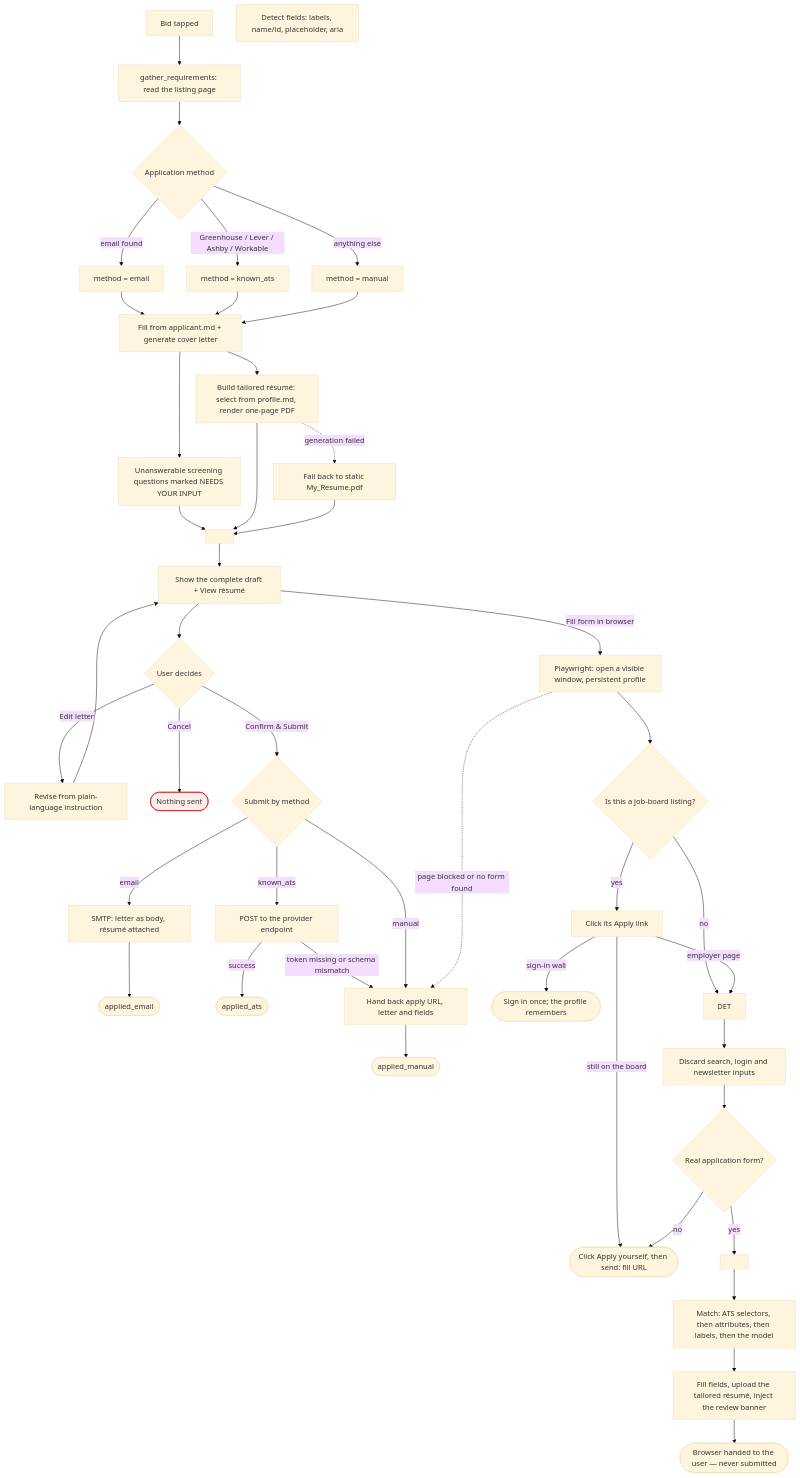
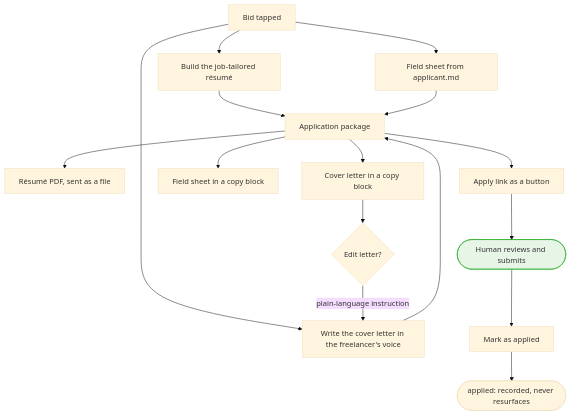
One commit to HamedEzzu/bidwatch changed the second of 5 diagrams in docs/architecture.md. Above: the diagram before and after it, drawn with Mermaid (base theme). The commit also changed other lines of this file and 17 other files, not shown here.

````diff
--- a/docs/architecture.md
+++ b/docs/architecture.md
@@ -46,49 +46,21 @@
 ```mermaid
 flowchart TD
-    T[Bid tapped] --> R[gather_requirements: read the listing page]
-    R --> C{Application method}
-    C -->|email found| E[method = email]
-    C -->|Greenhouse / Lever / Ashby / Workable| A[method = known_ats]
-    C -->|anything else| M[method = manual]
+    T[Bid tapped] --> R[Build the job-tailored résumé]
+    T --> L[Write the cover letter in the freelancer's voice]
+    T --> F[Field sheet from applicant.md]
 
-    E --> F[Fill from applicant.md + generate cover letter]
-    A --> F
-    M --> F
-    F --> RES[Build tailored résumé: select from profile.md, render one-page PDF]
-    RES -.->|generation failed| STATIC[Fall back to static My_Resume.pdf]
-    F --> QQ2[Unanswerable screening questions marked NEEDS YOUR INPUT]
-    QQ2 --> QQ[ ]
-    RES --> QQ
-    STATIC --> QQ
-    QQ --> D[Show the complete draft + View résumé]
+    R --> P[Application package]
+    L --> P
+    F --> P
+    P --> C1[Résumé PDF, sent as a file]
+    P --> C2[Cover letter in a copy block]
+    P --> C3[Field sheet in a copy block]
+    P --> C4[Apply link as a button]
 
-    D --> B{User decides}
-    B -->|Edit letter| ED[Revise from plain-language instruction] --> D
-    B -->|Cancel| X([Nothing sent])
-    B -->|Confirm & Submit| S{Submit by method}
+    C2 --> E{Edit letter?}
+    E -->|plain-language instruction| L
+    C4 --> H([Human reviews and submits])
+    H --> M[Mark as applied] --> S([applied: recorded, never resurfaces])
 
-    S -->|email| SM[SMTP: letter as body, résumé attached] --> OK1([applied_email])
-    S -->|known_ats| AT[POST to the provider endpoint]
-    AT -->|success| OK2([applied_ats])
-    AT -->|token missing or schema mismatch| MH
-    S -->|manual| MH[Hand back apply URL, letter and fields] --> OK3([applied_manual])
-
-    D -->|Fill form in browser| FF[Playwright: open a visible window, persistent profile]
-    FF --> BOARD{Is this a job-board listing?}
-    BOARD -->|yes| AP[Click its Apply link]
-    AP -->|sign-in wall| SI([Sign in once; the profile remembers])
-    AP -->|still on the board| ASK([Click Apply yourself, then send: fill URL])
-    BOARD -->|no| DET
-    AP -->|employer page| DET
-    DET --> CHROME[Discard search, login and newsletter inputs]
-    CHROME --> ISFORM{Real application form?}
-    ISFORM -->|no| ASK
-    ISFORM -->|yes| MAP2[ ]
-    DET2[Detect fields: labels, name/id, placeholder, aria]
-    MAP2 --> MAP[Match: ATS selectors, then attributes, then labels, then the model]
-    MAP --> FILL[Fill fields, upload the tailored résumé, inject the review banner]
-    FILL --> HAND([Browser handed to the user — never submitted])
-    FF -.->|page blocked or no form found| MH
-
-    style X fill:#fee,stroke:#c00
+    style H fill:#e7f5e7,stroke:#2a2
 ```
````
